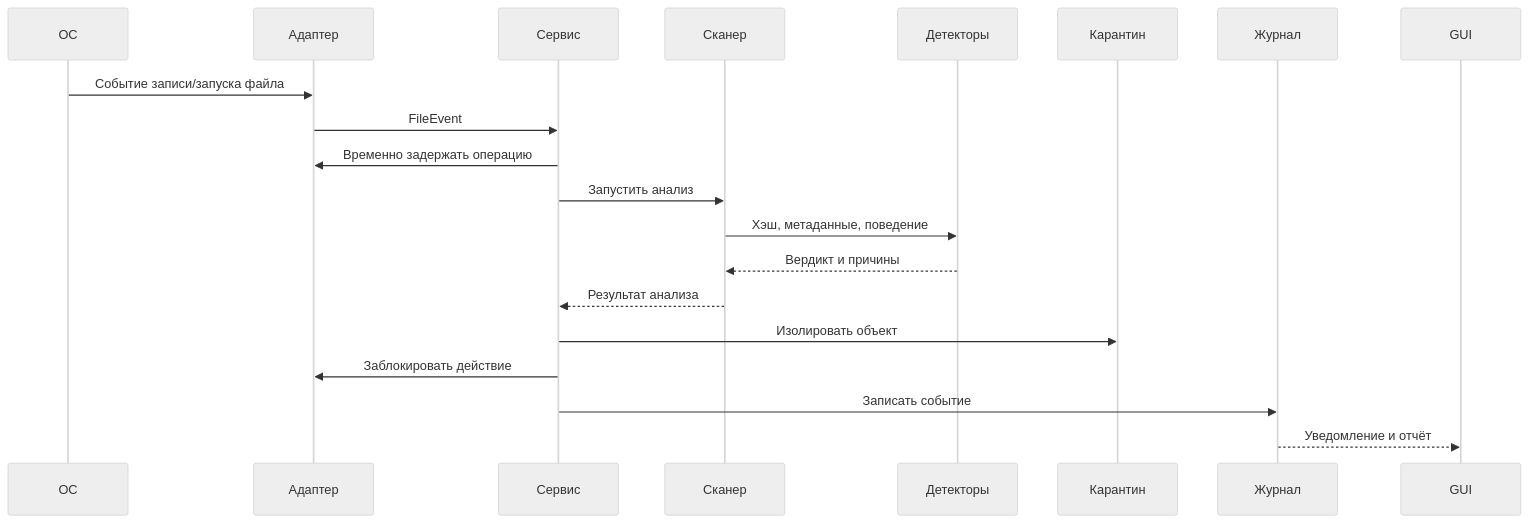
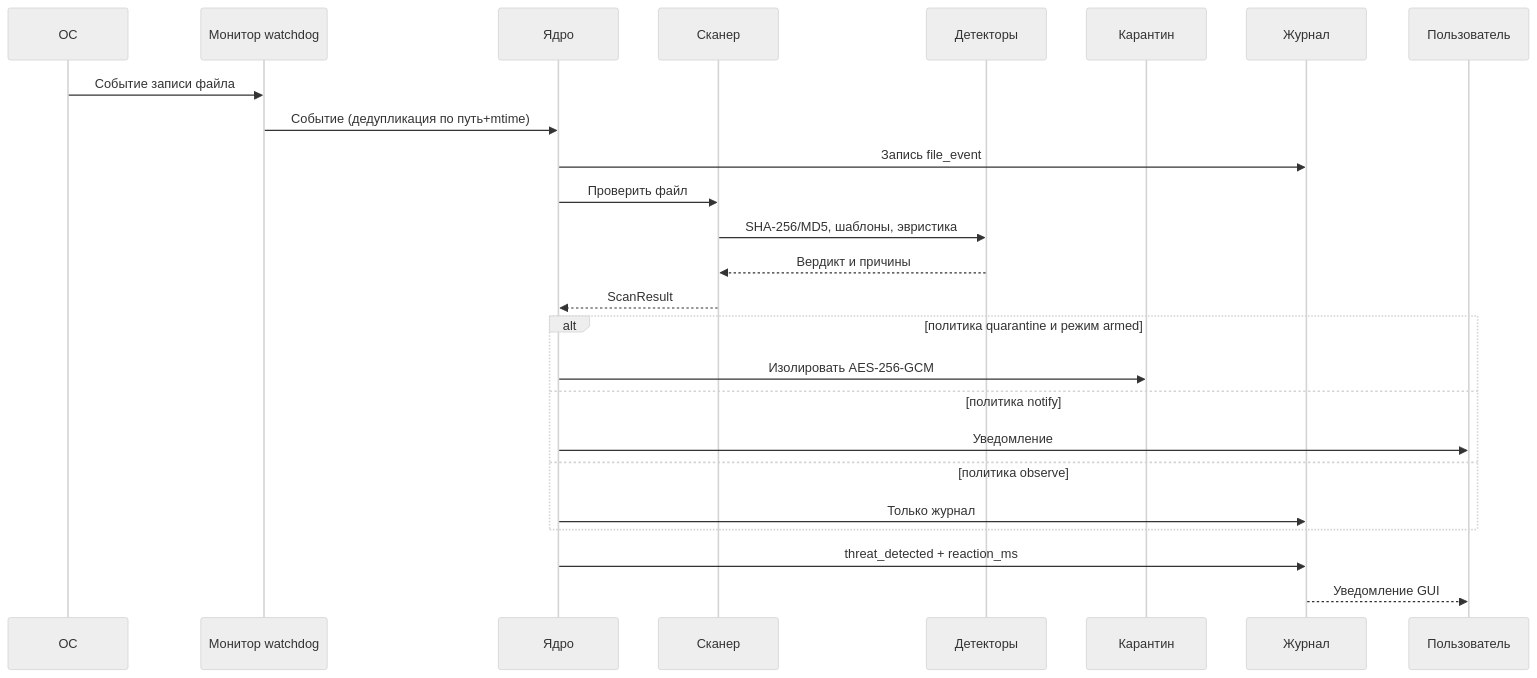
Before and after one commit to astrich27/virus_baby: the second of 3 diagrams in 06_Диаграммы_VirusWall.md, drawn with Mermaid (neutral theme). The commit also changed other lines of this file and 13 other files, not shown here.

````diff
--- a/06_Диаграммы_VirusWall.md
+++ b/06_Диаграммы_VirusWall.md
@@ -27,22 +28,27 @@
 ```mermaid
 sequenceDiagram
     participant OS as ОС
-    participant A as Адаптер
-    participant S as Сервис
+    participant M as Монитор watchdog
+    participant S as Ядро
     participant C as Сканер
     participant D as Детекторы
     participant Q as Карантин
     participant L as Журнал
-    participant UI as GUI
-    OS->>A: Событие записи/запуска файла
-    A->>S: FileEvent
-    S->>A: Временно задержать операцию
-    S->>C: Запустить анализ
-    C->>D: Хэш, метаданные, поведение
+    participant U as Пользователь
+    OS->>M: Событие записи файла
+    M->>S: Событие (дедупликация по путь+mtime)
+    S->>L: Запись file_event
+    S->>C: Проверить файл
+    C->>D: SHA-256/MD5, шаблоны, эвристика
     D-->>C: Вердикт и причины
-    C-->>S: Результат анализа
-    S->>Q: Изолировать объект
-    S->>A: Заблокировать действие
-    S->>L: Записать событие
-    L-->>UI: Уведомление и отчёт
+    C-->>S: ScanResult
+    alt политика quarantine и режим armed
+        S->>Q: Изолировать AES-256-GCM
+    else политика notify
+        S->>U: Уведомление
+    else политика observe
+        S->>L: Только журнал
+    end
+    S->>L: threat_detected + reaction_ms
+    L-->>U: Уведомление GUI
 ```
````
